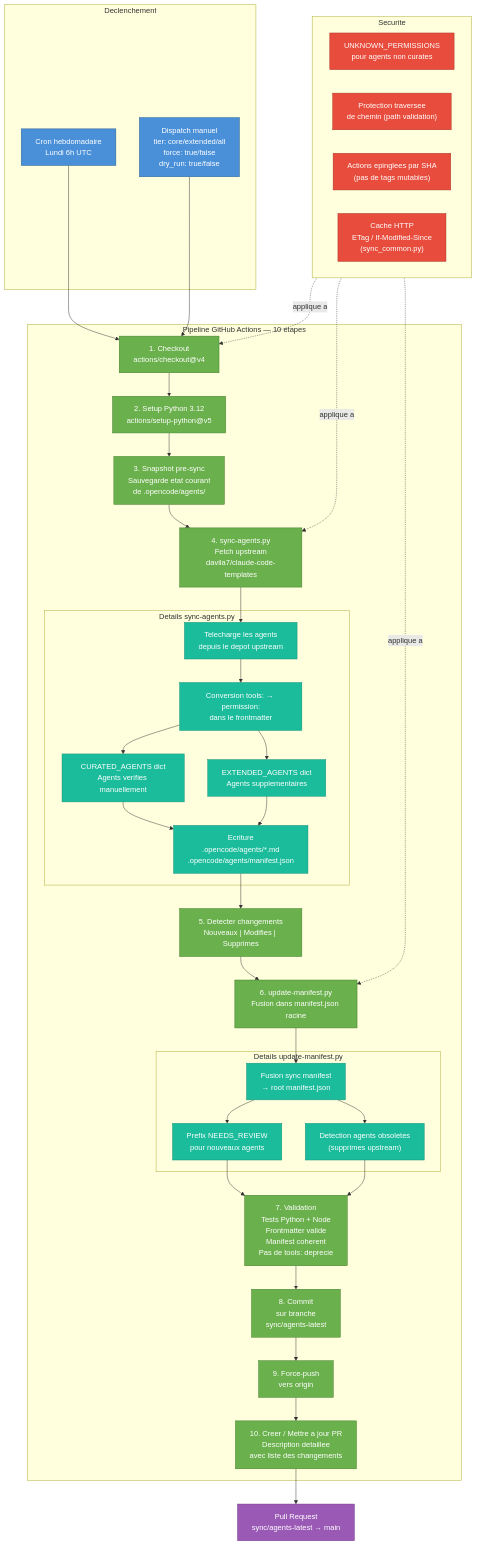
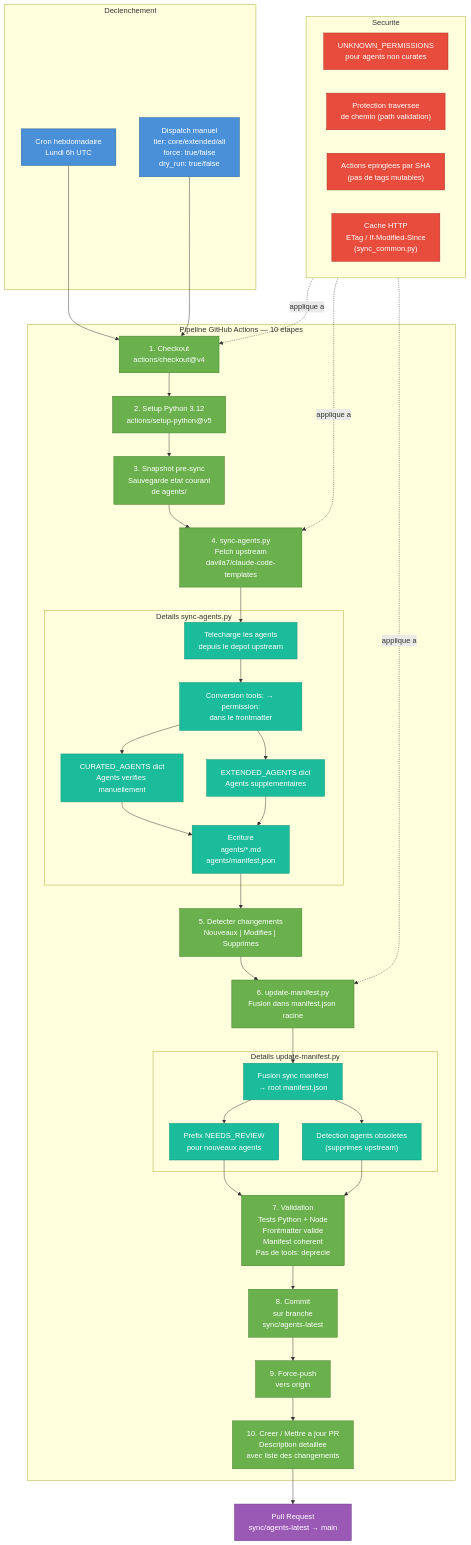
Before and after one commit to dmicheneau/opencode-template-agent: the third of 3 diagrams in docs/architecture.md, drawn with Mermaid. The commit also changed other lines of this file and 86 other files, not shown here.

```diff
--- a/docs/architecture.md
+++ b/docs/architecture.md
@@ -211,7 +211,7 @@
     subgraph Pipeline["Pipeline GitHub Actions — 10 etapes"]
         Step1["1. Checkout<br/>actions/checkout@v4"]
         Step2["2. Setup Python 3.12<br/>actions/setup-python@v5"]
-        Step3["3. Snapshot pre-sync<br/>Sauvegarde etat courant<br/>de .opencode/agents/"]
+        Step3["3. Snapshot pre-sync<br/>Sauvegarde etat courant<br/>de agents/"]
         Step4["4. sync-agents.py<br/>Fetch upstream<br/>davila7/claude-code-templates"]
 
         subgraph SyncDetail["Details sync-agents.py"]
@@ -219,7 +219,7 @@
             Convert["Conversion tools: → permission:<br/>dans le frontmatter"]
             Curated["CURATED_AGENTS dict<br/>Agents verifies manuellement"]
             Extended["EXTENDED_AGENTS dict<br/>Agents supplementaires"]
-            WriteFiles["Ecriture<br/>.opencode/agents/*.md<br/>.opencode/agents/manifest.json"]
+            WriteFiles["Ecriture<br/>agents/*.md<br/>agents/manifest.json"]
         end
 
         Step5["5. Detecter changements<br/>Nouveaux | Modifies | Supprimes"]
```
